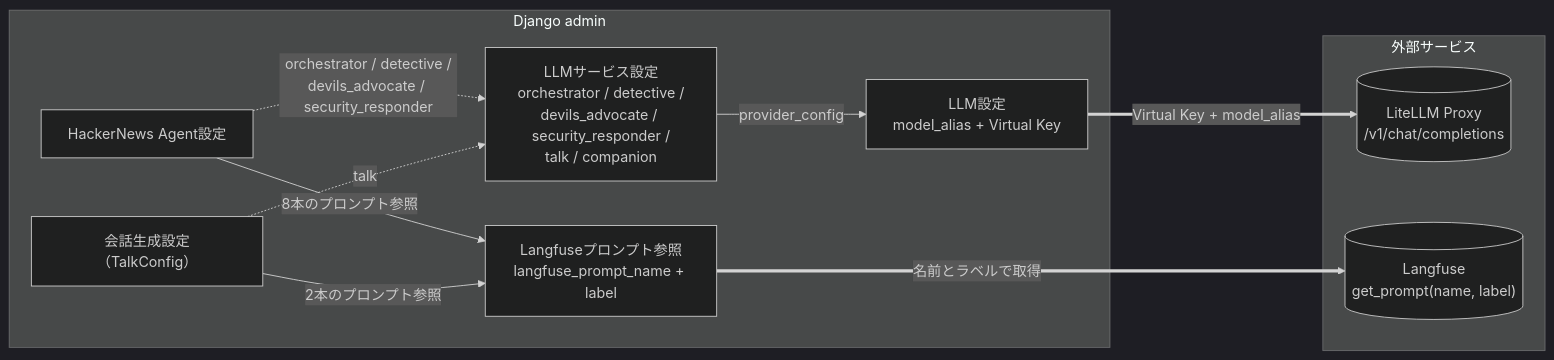
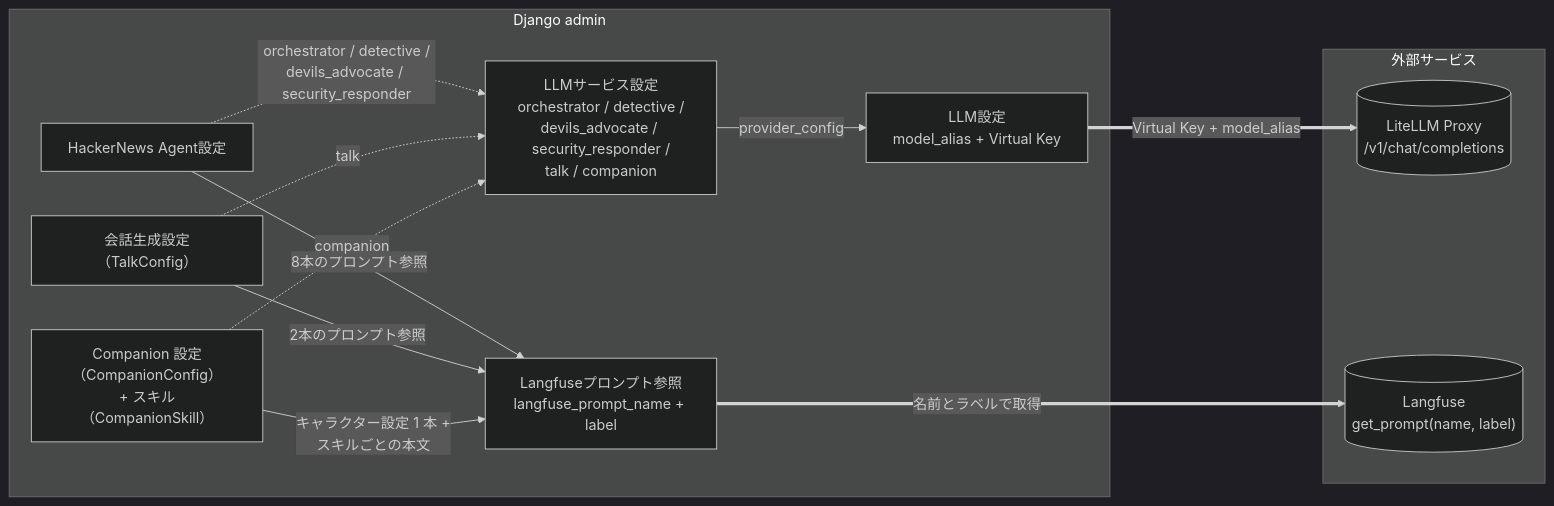
Before and after one commit to kagiyama-baking/kawashiro-server: the diagram in django_api/integrations/llm/README.md, drawn with Mermaid (dark theme). The commit also changed other lines of this file and 21 other files, not shown here.

````diff
--- a/django_api/integrations/llm/README.md
+++ b/django_api/integrations/llm/README.md
@@ -38,24 +38,27 @@
 ```mermaid
 flowchart LR
     subgraph Admin["Django admin"]
         Provider["LLM設定<br/>model_alias + Virtual Key"]
         Service["LLMサービス設定<br/>orchestrator / detective /<br/>devils_advocate / security_responder /<br/>talk / companion"]
         Ref["Langfuseプロンプト参照<br/>langfuse_prompt_name + label"]
         HN["HackerNews Agent設定"]
         Talk["会話生成設定（TalkConfig）"]
+        Companion["Companion 設定（CompanionConfig）<br/>+ スキル（CompanionSkill）"]
     end
 
     subgraph External["外部サービス"]
         LiteLLM[("LiteLLM Proxy<br/>/v1/chat/completions")]
         Langfuse[("Langfuse<br/>get_prompt(name, label)")]
     end
 
     Service -->|provider_config| Provider
     HN -->|8本のプロンプト参照| Ref
     HN -.->|orchestrator / detective /<br/>devils_advocate / security_responder| Service
     Talk -->|2本のプロンプト参照| Ref
     Talk -.->|talk| Service
+    Companion -->|キャラクター設定 1 本 +<br/>スキルごとの本文| Ref
+    Companion -.->|companion| Service
 
     Provider ==>|Virtual Key + model_alias| LiteLLM
     Ref ==>|名前とラベルで取得| Langfuse
 ```
````
